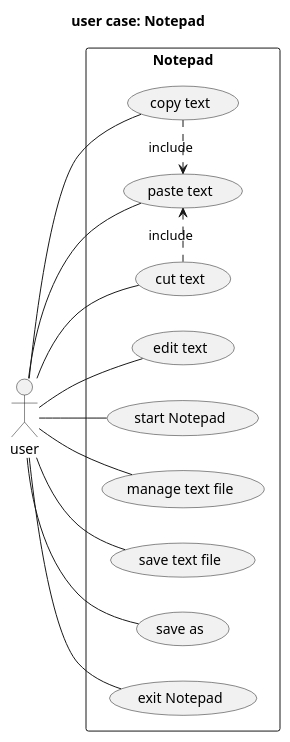
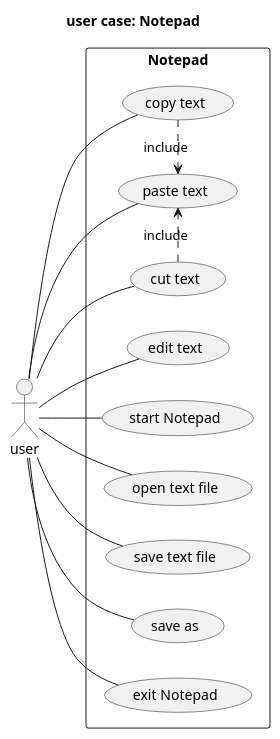
One commit to Oliverpe/ISGC08 changed the diagram in laboration1/user-case-analys.pu. Above: the diagram before and after it, drawn with PlantUML. The commit also changed 5 other files, not shown here.

Commit message:
fixat analys diagramen

```diff
--- a/laboration1/user-case-analys.pu
+++ b/laboration1/user-case-analys.pu
@@ -1,19 +1,19 @@
 @startuml 
 title user case: Notepad
 left to right direction
 skinparam packageStyle rect
 actor user
 package Notepad {
 user -- (edit text)
 user -- (start Notepad)
-user -- (manage text file)
+user -- (open text file)
 user -- (copy text)
 (copy text) .> (paste text) : include
 user -- (cut text)
 (cut text) .> (paste text) : include
 user -- (paste text)
 user -- (save text file)
 user -- (save as)
 user -- (exit Notepad)
 }
 @enduml
```
